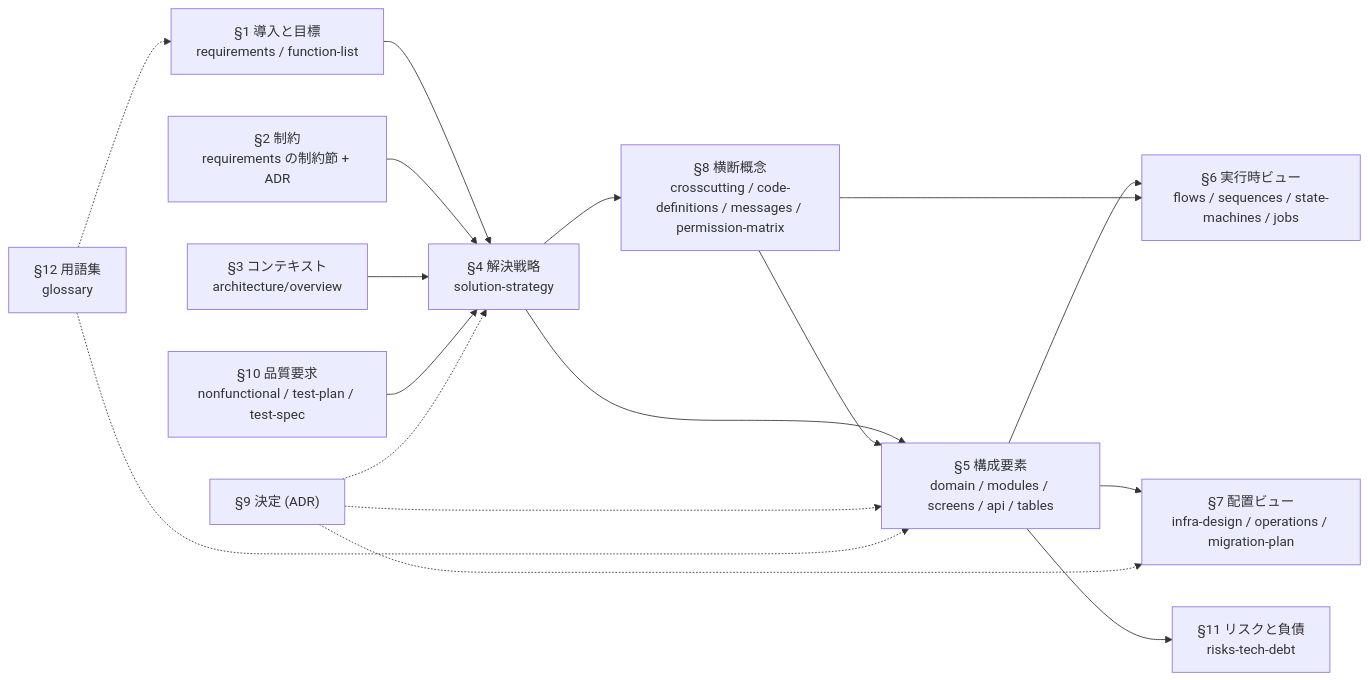
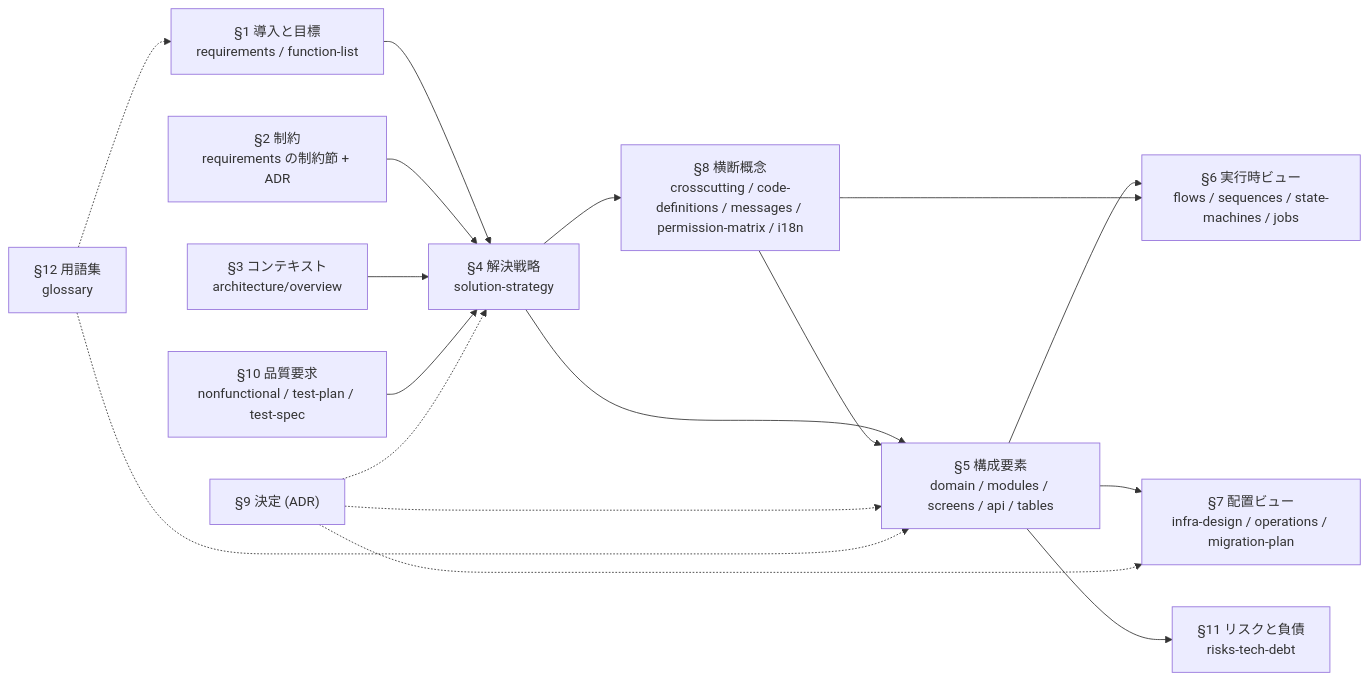
One commit to SakakitaniJunya/Igeta changed the diagram in docs/guides/01-document-taxonomy.md. Above: the diagram before and after it, drawn with Mermaid. The commit also changed other lines of this file and 7 other files, not shown here.

First line of the commit message:
feat: i18n 設計書テンプレを追加し、インフラ設計にネットワーク・IAM・データフロー・環境差分の図を足す

````diff
--- a/docs/guides/01-document-taxonomy.md
+++ b/docs/guides/01-document-taxonomy.md
@@ -28,15 +28,15 @@
 ```mermaid
 flowchart LR
   C1["§1 導入と目標<br/>requirements / function-list"] --> C4["§4 解決戦略<br/>solution-strategy"]
   C2["§2 制約<br/>requirements の制約節 + ADR"] --> C4
   C3["§3 コンテキスト<br/>architecture/overview"] --> C4
   C10["§10 品質要求<br/>nonfunctional / test-plan / test-spec"] --> C4
   C4 --> C5["§5 構成要素<br/>domain / modules / screens / api / tables"]
-  C4 --> C8["§8 横断概念<br/>crosscutting / code-definitions / messages / permission-matrix"]
+  C4 --> C8["§8 横断概念<br/>crosscutting / code-definitions / messages / permission-matrix / i18n"]
   C5 --> C6["§6 実行時ビュー<br/>flows / sequences / state-machines / jobs"]
   C8 --> C5 & C6
   C5 --> C7["§7 配置ビュー<br/>infra-design / operations / migration-plan"]
   C9["§9 決定 (ADR)"] -.-> C4 & C5 & C7
   C5 --> C11["§11 リスクと負債<br/>risks-tech-debt"]
   C12["§12 用語集<br/>glossary"] -.-> C1 & C5
 ```
````
